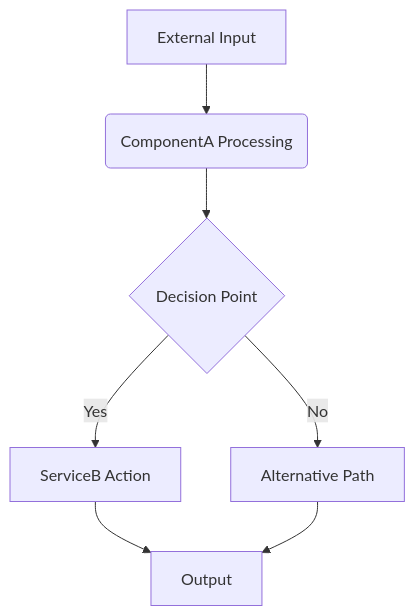
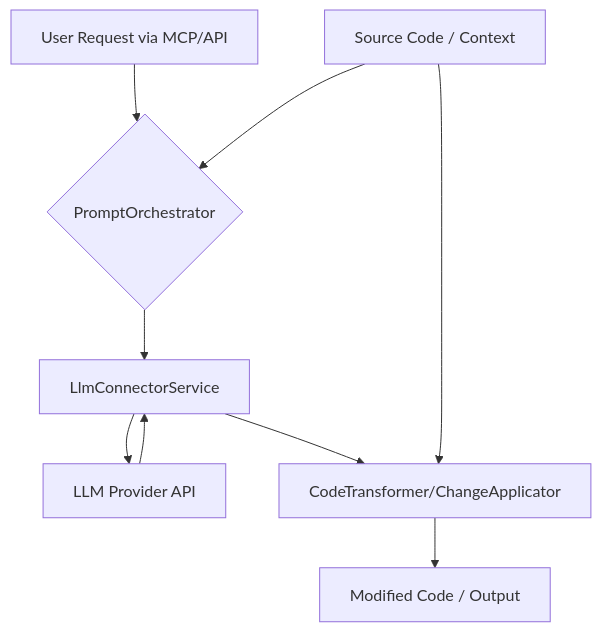
One commit to docxology/codomyrmex changed the diagram in ai_code_editing/docs/technical_overview.md. Above: the diagram before and after it, drawn with Mermaid. The commit also changed other lines of this file and 210 other files, not shown here.

````diff
--- a/ai_code_editing/docs/technical_overview.md
+++ b/ai_code_editing/docs/technical_overview.md
@@ -21,9 +31,11 @@
 ```mermaid
 flowchart TD
-    A[External Input] --> B(ComponentA Processing);
-    B --> C{Decision Point};
-    C -- Yes --> D[ServiceB Action];
-    C -- No --> E[Alternative Path];
-    D --> F[Output];
-    E --> F;
+    A[User Request via MCP/API] --> B{PromptOrchestrator};
+    C[Source Code / Context] --> B;
+    B --> D[LlmConnectorService];
+    D --> E[LLM Provider API];
+    E --> D;
+    D --> F[CodeTransformer/ChangeApplicator];
+    C --> F;
+    F --> G[Modified Code / Output];
 ```
````
